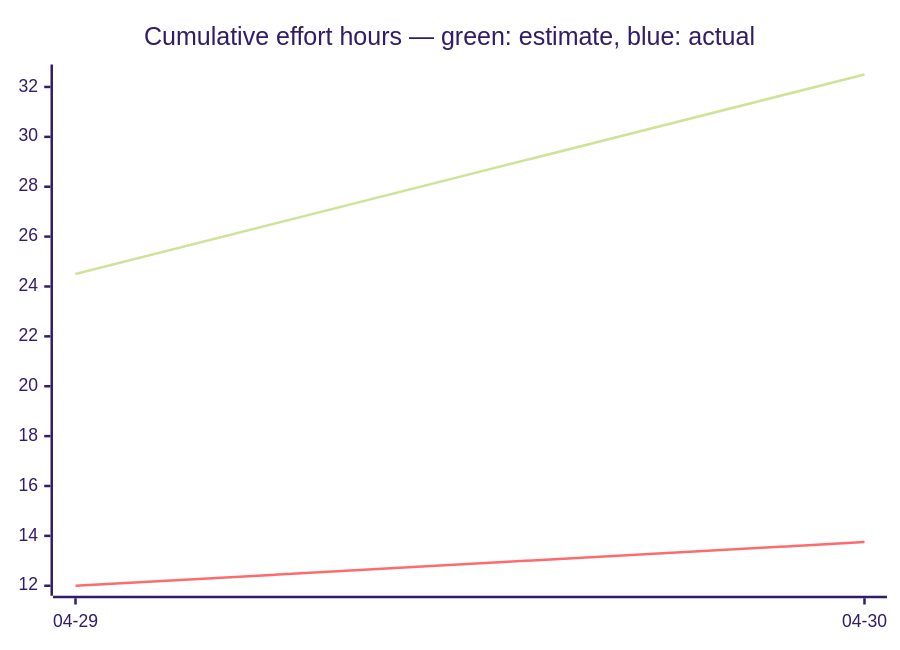
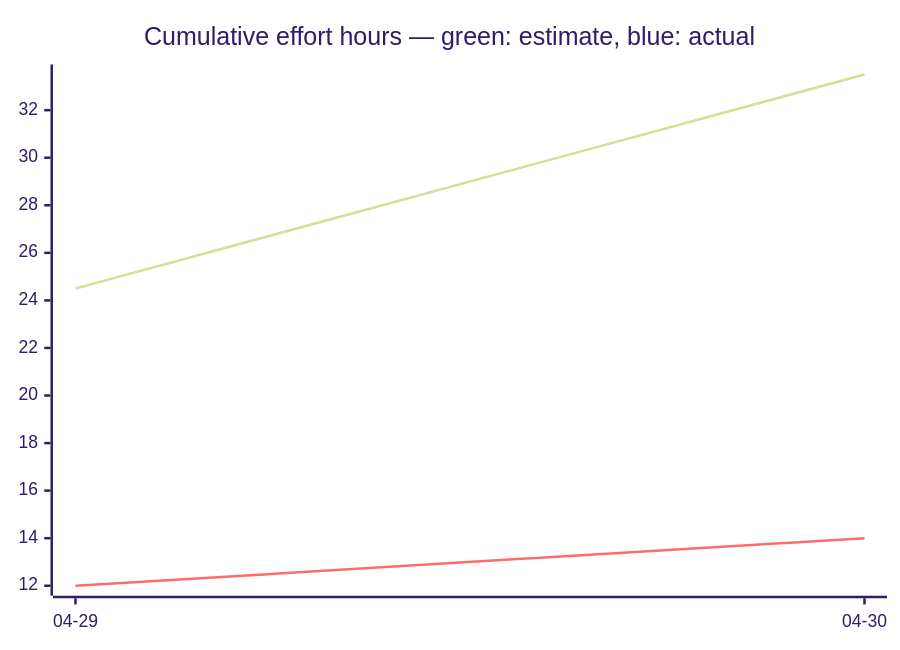
Before and after one commit to tgd1975/AwesomeStudioPedal: the third of 3 diagrams in docs/developers/tasks/OVERVIEW.md, drawn with Mermaid (forest theme). The commit also changed other lines of this file and 5 other files, not shown here.

````diff
--- a/docs/developers/tasks/OVERVIEW.md
+++ b/docs/developers/tasks/OVERVIEW.md
@@ -38,7 +38,7 @@
 ```mermaid
 xychart-beta
     title "Cumulative effort hours — green: estimate, blue: actual"
     x-axis ["04-29", "04-30"]
-    line [24.5, 32.5]
-    line [12, 13.75]
+    line [24.5, 33.5]
+    line [12, 14]
 ```
````
